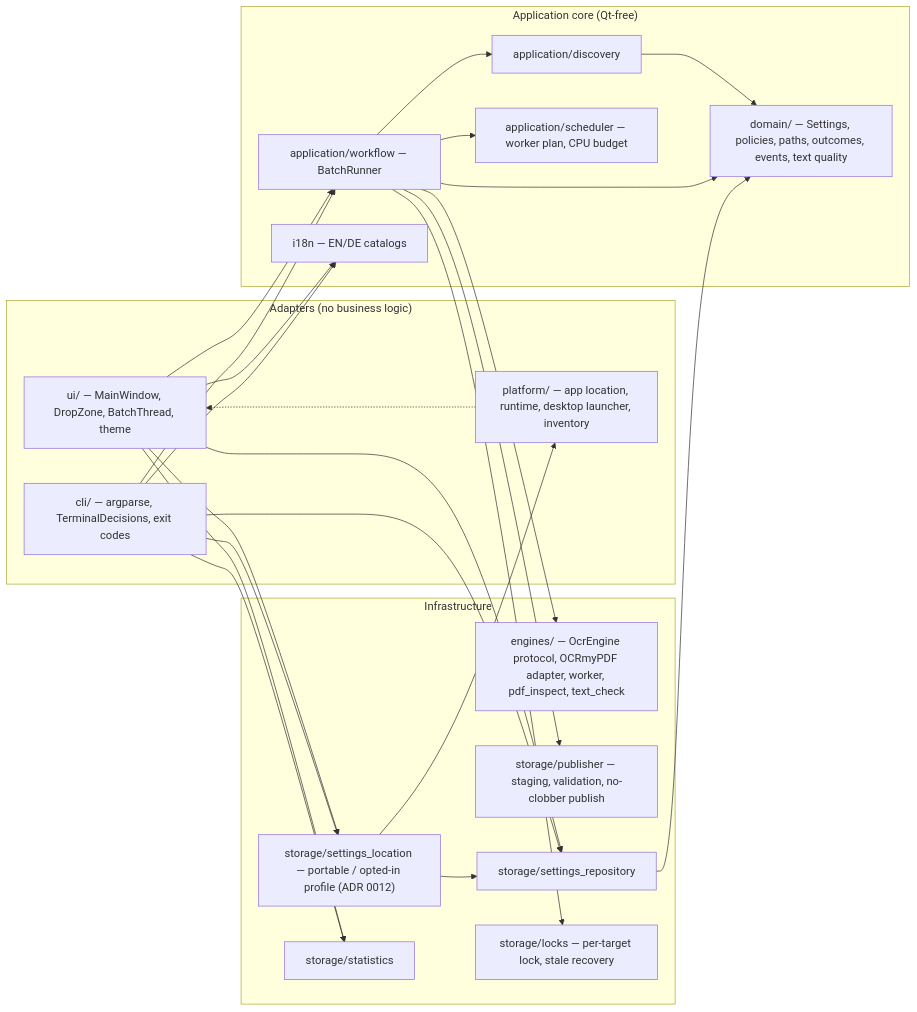
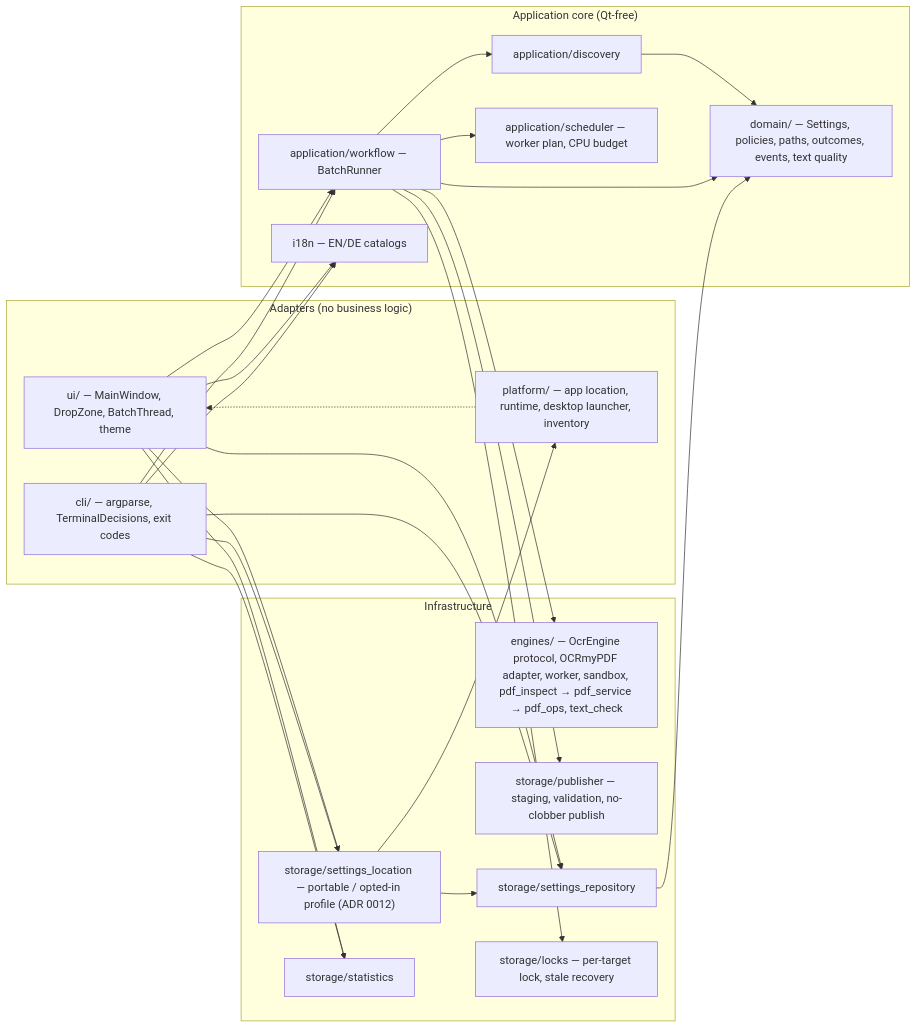
Before and after one commit to marcelpetrick/SearchifyMyPDF: the third of 7 diagrams in docs/architecture.md, drawn with Mermaid. The commit also changed other lines of this file and 16 other files, not shown here.

First line of the commit message:
feat(security): parse every PDF in a sandboxed PDF service process, never in the application (#13)

````diff
--- a/docs/architecture.md
+++ b/docs/architecture.md
@@ -56,44 +58,44 @@
 ```mermaid
 flowchart LR
     subgraph adapters["Adapters (no business logic)"]
         UI["ui/ — MainWindow, DropZone, BatchThread, theme"]
         CLI["cli/ — argparse, TerminalDecisions, exit codes"]
         PLAT["platform/ — app location, runtime, desktop launcher, inventory"]
     end
     subgraph core["Application core (Qt-free)"]
         WF["application/workflow — BatchRunner"]
         DISC["application/discovery"]
         SCHED["application/scheduler — worker plan, CPU budget"]
         DOM["domain/ — Settings, policies, paths, outcomes, events, text quality"]
         I18N["i18n — EN/DE catalogs"]
     end
     subgraph infra["Infrastructure"]
-        ENG["engines/ — OcrEngine protocol, OCRmyPDF adapter, worker, pdf_inspect, text_check"]
+        ENG["engines/ — OcrEngine protocol, OCRmyPDF adapter, worker, sandbox, pdf_inspect → pdf_service → pdf_ops, text_check"]
         PUB["storage/publisher — staging, validation, no-clobber publish"]
         SREPO["storage/settings_repository"]
         SLOC["storage/settings_location — portable / opted-in profile (ADR 0012)"]
         STATS["storage/statistics"]
         LOCK["storage/locks — per-target lock, stale recovery"]
     end
     UI --> WF
     CLI --> WF
     UI --> SREPO
     CLI --> SREPO
     UI --> STATS
     CLI --> STATS
     UI --> I18N
     CLI --> I18N
     WF --> DISC
     WF --> SCHED
     WF --> ENG
     WF --> PUB
     WF --> LOCK
     DISC --> DOM
     WF --> DOM
     SREPO --> DOM
     UI --> SLOC
     CLI --> SLOC
     SLOC --> SREPO
     SLOC --> PLAT
     PLAT -.-> UI
 ```
````
